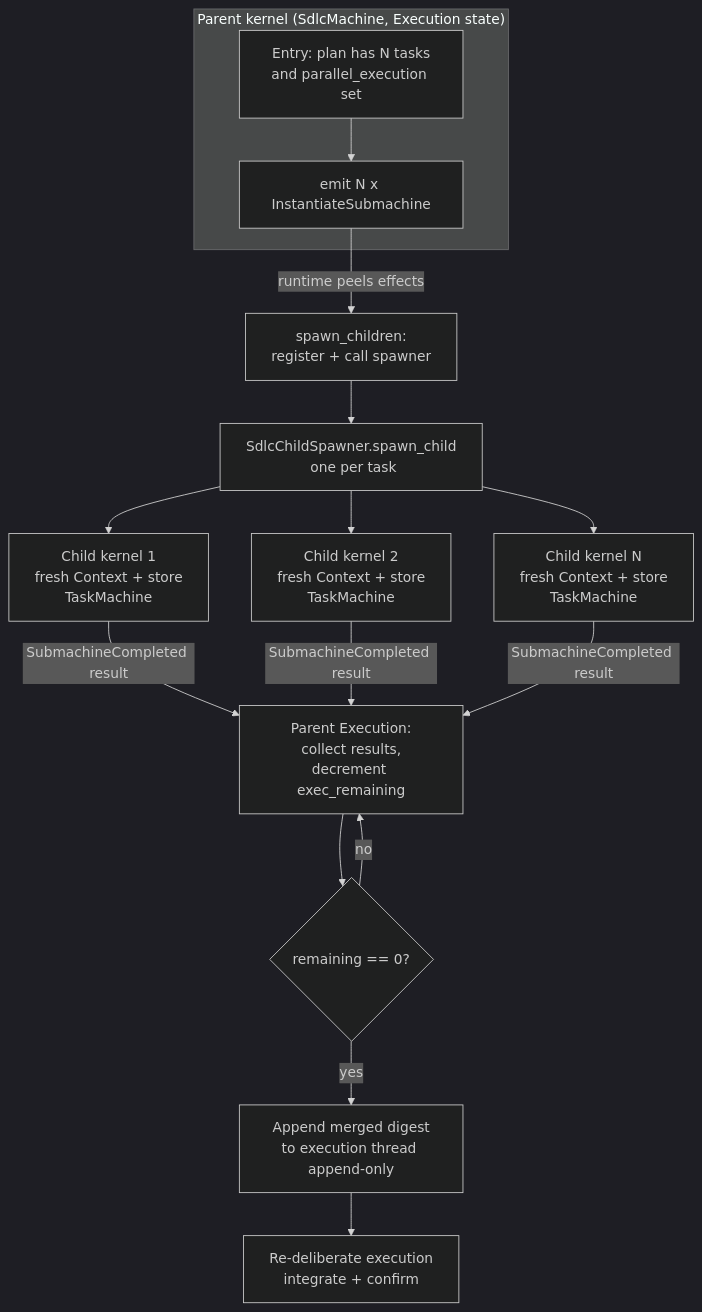
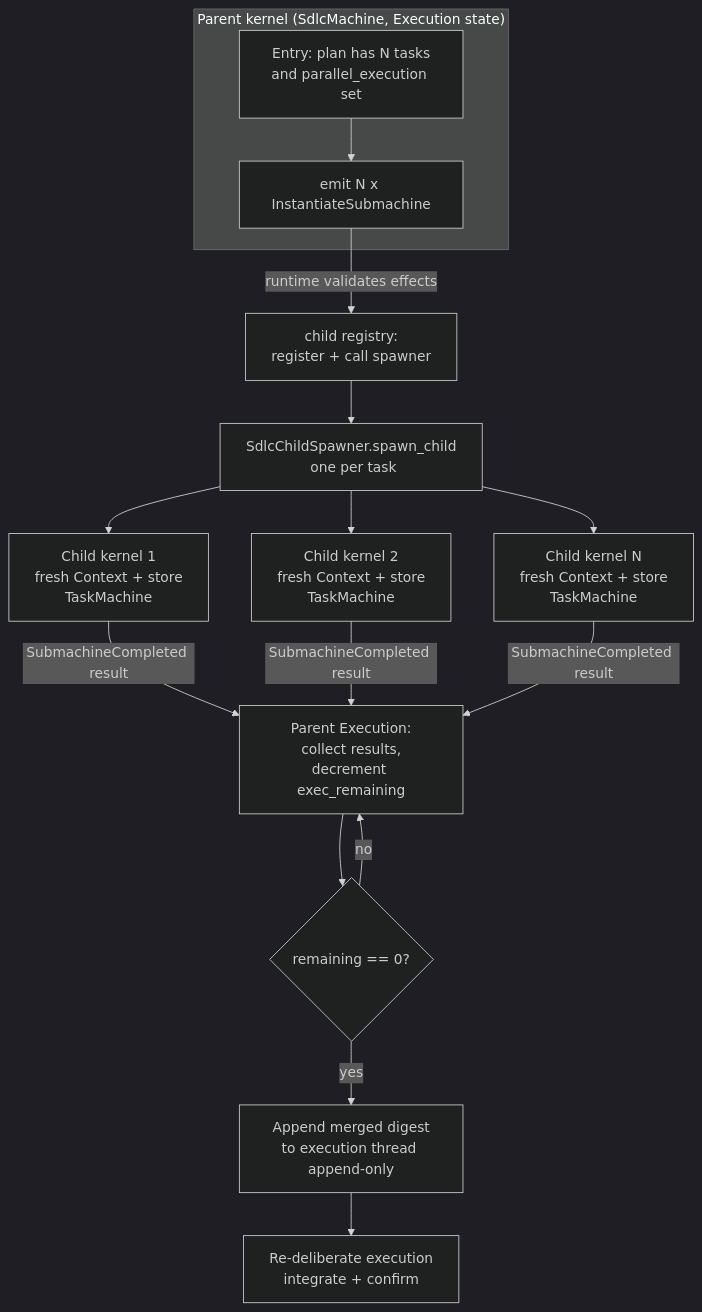
Before and after one commit to swedishembedded/sven: the diagram in docs/technical/parallel-submachines.md, drawn with Mermaid (dark theme). The commit also changed other lines of this file and 99 other files, not shown here.

````diff
--- a/docs/technical/parallel-submachines.md
+++ b/docs/technical/parallel-submachines.md
@@ -86,17 +86,17 @@
 ```mermaid
 flowchart TD
     subgraph Parent["Parent kernel (SdlcMachine, Execution state)"]
       P1[Entry: plan has N tasks<br/>and parallel_execution set] --> P2[emit N x InstantiateSubmachine]
     end
-    P2 -->|runtime peels effects| R[spawn_children:<br/>register + call spawner]
+    P2 -->|runtime validates effects| R[child registry:<br/>register + call spawner]
     R --> S[SdlcChildSpawner.spawn_child<br/> one per task]
     S --> C1[Child kernel 1<br/>fresh Context + store<br/>TaskMachine]
     S --> C2[Child kernel 2<br/>fresh Context + store<br/>TaskMachine]
     S --> C3[Child kernel N<br/>fresh Context + store<br/>TaskMachine]
     C1 -->|SubmachineCompleted result| AGG[Parent Execution:<br/>collect results,<br/>decrement exec_remaining]
     C2 -->|SubmachineCompleted result| AGG
     C3 -->|SubmachineCompleted result| AGG
     AGG --> D{remaining == 0?}
     D -- no --> AGG
     D -- yes --> M[Append merged digest<br/>to execution thread append-only] --> RD[Re-deliberate execution<br/>integrate + confirm]
 ```
````
